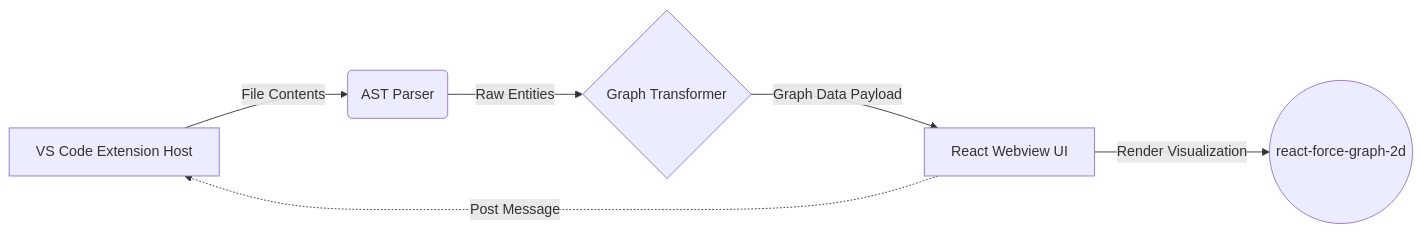
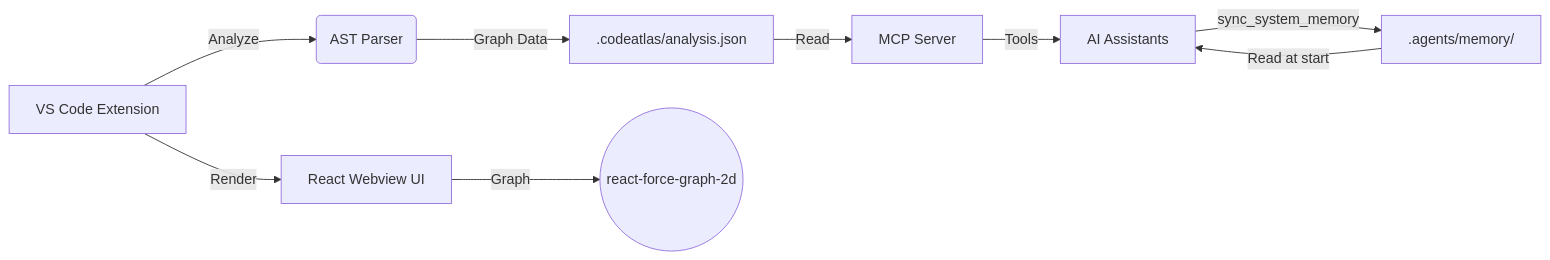
Before and after one commit to giauphan/CodeAtlas: the diagram in README.md, drawn with Mermaid. The commit also changed other lines of this file, not shown here.

Commit message:
feat: add MCP server documentation and AI system memory support to README

````diff
--- a/README.md
+++ b/README.md
@@ -56,8 +113,11 @@
 ```mermaid
 graph LR
-    A[VS Code Extension Host] -->|File Contents| B(AST Parser)
-    B -->|Raw Entities| C{Graph Transformer}
-    C -->|Graph Data Payload| D[React Webview UI]
-    D -->|Render Visualization| E((react-force-graph-2d))
-    D -.->|Post Message| A
+    A[VS Code Extension] -->|Analyze| B(AST Parser)
+    B -->|Graph Data| C[.codeatlas/analysis.json]
+    C -->|Read| D[MCP Server]
+    D -->|Tools| E[AI Assistants]
+    E -->|sync_system_memory| F[.agents/memory/]
+    F -->|Read at start| E
+    A -->|Render| G[React Webview UI]
+    G -->|Graph| H((react-force-graph-2d))
 ```
````
